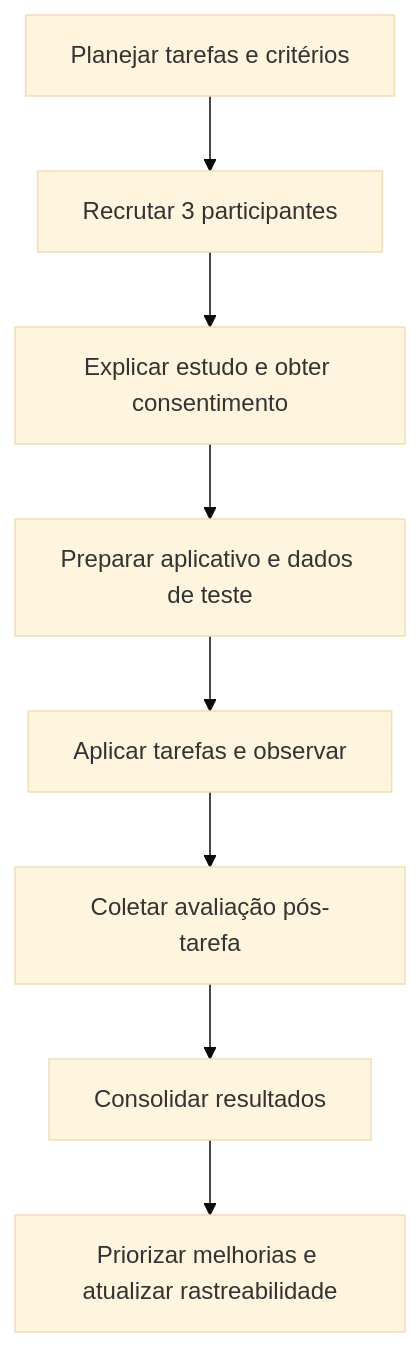
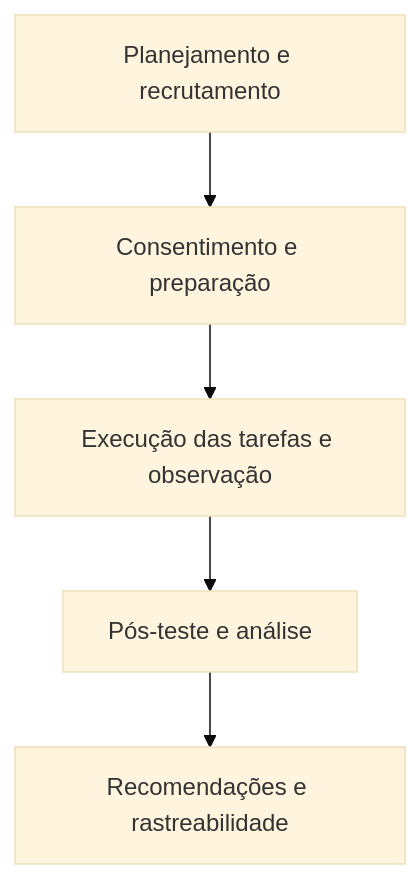
Before and after one commit to PedroHValim/Orange_Box: the diagram in docs/14_observacao_usuario.md, drawn with Mermaid (base theme). The commit also changed other lines of this file, not shown here.

````diff
--- a/docs/14_observacao_usuario.md
+++ b/docs/14_observacao_usuario.md
@@ -15,10 +15,7 @@
 ```mermaid
 flowchart TD
-    A["Planejar tarefas e critérios"] --> B["Recrutar 3 participantes"]
-    B --> C["Explicar estudo e obter consentimento"]
-    C --> D["Preparar aplicativo e dados de teste"]
-    D --> E["Aplicar tarefas e observar"]
-    E --> F["Coletar avaliação pós-tarefa"]
-    F --> G["Consolidar resultados"]
-    G --> H["Priorizar melhorias e atualizar rastreabilidade"]
+    A["Planejamento e recrutamento"] --> B["Consentimento e preparação"]
+    B --> C["Execução das tarefas e observação"]
+    C --> D["Pós-teste e análise"]
+    D --> E["Recomendações e rastreabilidade"]
 ```
````
